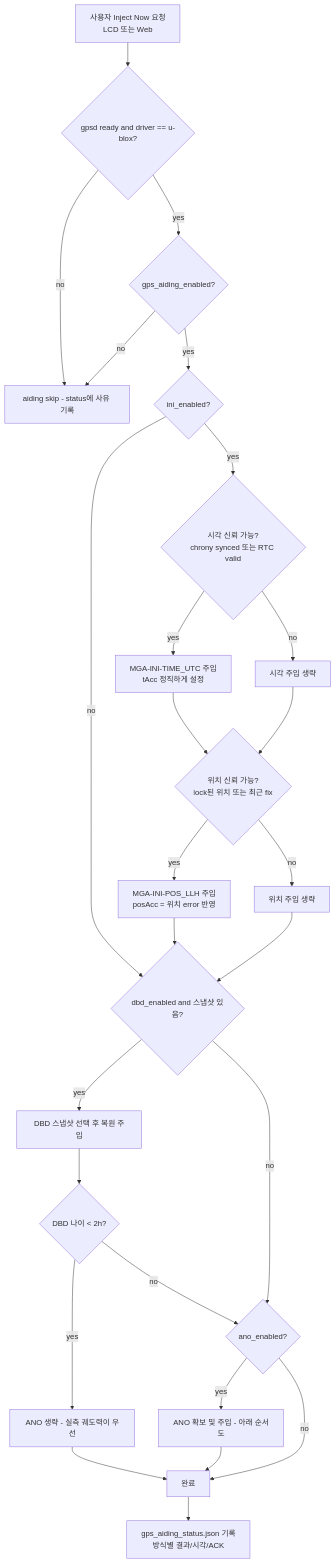
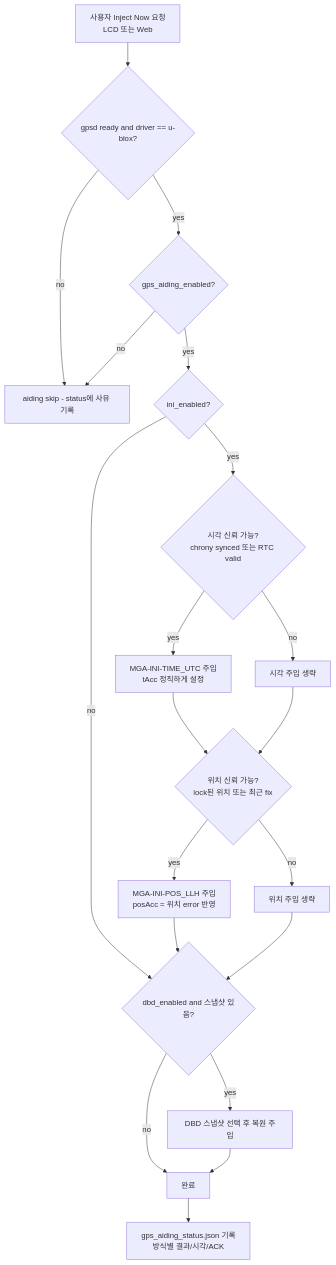
Before and after one commit to hjoungjoo/MF_PiFinder: the first of 4 diagrams in docs/mf_gps_aiding_plan_ko.md, drawn with Mermaid. The commit also changed other lines of this file and 1 other file, not shown here.

````diff
--- a/docs/mf_gps_aiding_plan_ko.md
+++ b/docs/mf_gps_aiding_plan_ko.md
@@ -105,28 +114,22 @@
 ```mermaid
 flowchart TD
     A[사용자 Inject Now 요청<br/>LCD 또는 Web] --> B{gpsd ready and driver == u-blox?}
     B -->|no| Z1[aiding skip - status에 사유 기록]
     B -->|yes| C{gps_aiding_enabled?}
     C -->|no| Z1
     C -->|yes| C2{ini_enabled?}
     C2 -->|no| J
     C2 -->|yes| D{시각 신뢰 가능?<br/>chrony synced 또는 RTC valid}
     D -->|yes| E[MGA-INI-TIME_UTC 주입<br/>tAcc 정직하게 설정]
     D -->|no| F[시각 주입 생략]
     E --> G{위치 신뢰 가능?<br/>lock된 위치 또는 최근 fix}
     F --> G
     G -->|yes| H[MGA-INI-POS_LLH 주입<br/>posAcc = 위치 error 반영]
     G -->|no| I[위치 주입 생략]
     H --> J{dbd_enabled and 스냅샷 있음?}
     I --> J
     J -->|yes| K[DBD 스냅샷 선택 후 복원 주입]
-    J -->|no| L{ano_enabled?}
-    K --> M{DBD 나이 < 2h?}
-    M -->|yes| N[ANO 생략 - 실측 궤도력이 우선]
-    M -->|no| L
-    L -->|yes| O[ANO 확보 및 주입 - 아래 순서도]
-    L -->|no| P[완료]
-    N --> P
-    O --> P
+    J -->|no| P[완료]
+    K --> P
     P --> Q[gps_aiding_status.json 기록<br/>방식별 결과/시각/ACK]
 ```
````
